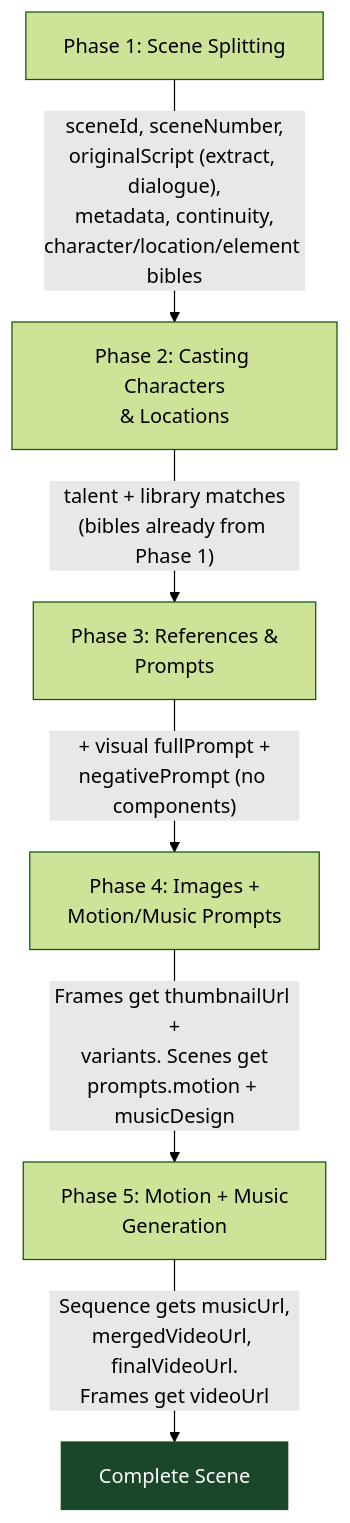
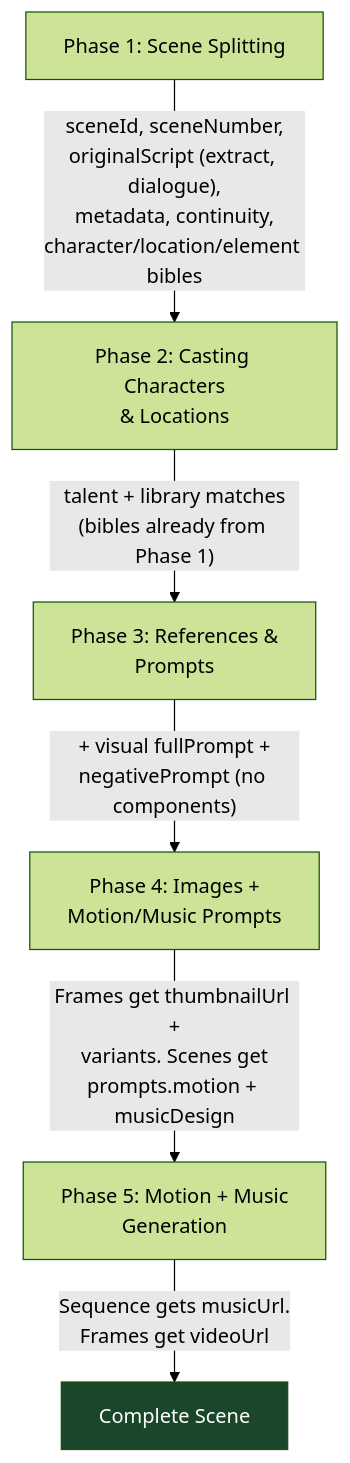
The seventh of 7 diagrams in docs/developer-guide/workflow.md (Jyatin/openstory), drawn with Mermaid (forest theme) before and after one commit. The commit also changed other lines of this file and 8 other files, not shown here.

````diff
--- a/docs/developer-guide/workflow.md
+++ b/docs/developer-guide/workflow.md
@@ -347,10 +342,10 @@
 ```mermaid
 flowchart TD
     P1["Phase 1: Scene Splitting"] -->|"sceneId, sceneNumber,<br/>originalScript (extract, dialogue),<br/>metadata, continuity,<br/>character/location/element bibles"| P2
     P2["Phase 2: Casting Characters<br/>& Locations"] -->|"talent + library matches<br/>(bibles already from Phase 1)"| P3
     P3["Phase 3: References &<br/>Prompts"] -->|"+ visual fullPrompt +<br/>negativePrompt (no components)"| P4
     P4["Phase 4: Images +<br/>Motion/Music Prompts"] -->|"Frames get thumbnailUrl +<br/>variants. Scenes get<br/>prompts.motion + musicDesign"| P5
-    P5["Phase 5: Motion + Music<br/>Generation"] -->|"Sequence gets musicUrl,<br/>mergedVideoUrl, finalVideoUrl.<br/>Frames get videoUrl"| Final["Complete Scene"]
+    P5["Phase 5: Motion + Music<br/>Generation"] -->|"Sequence gets musicUrl.<br/>Frames get videoUrl"| Final["Complete Scene"]
 
     style Final fill:#1a472a,color:#fff
 ```
````
